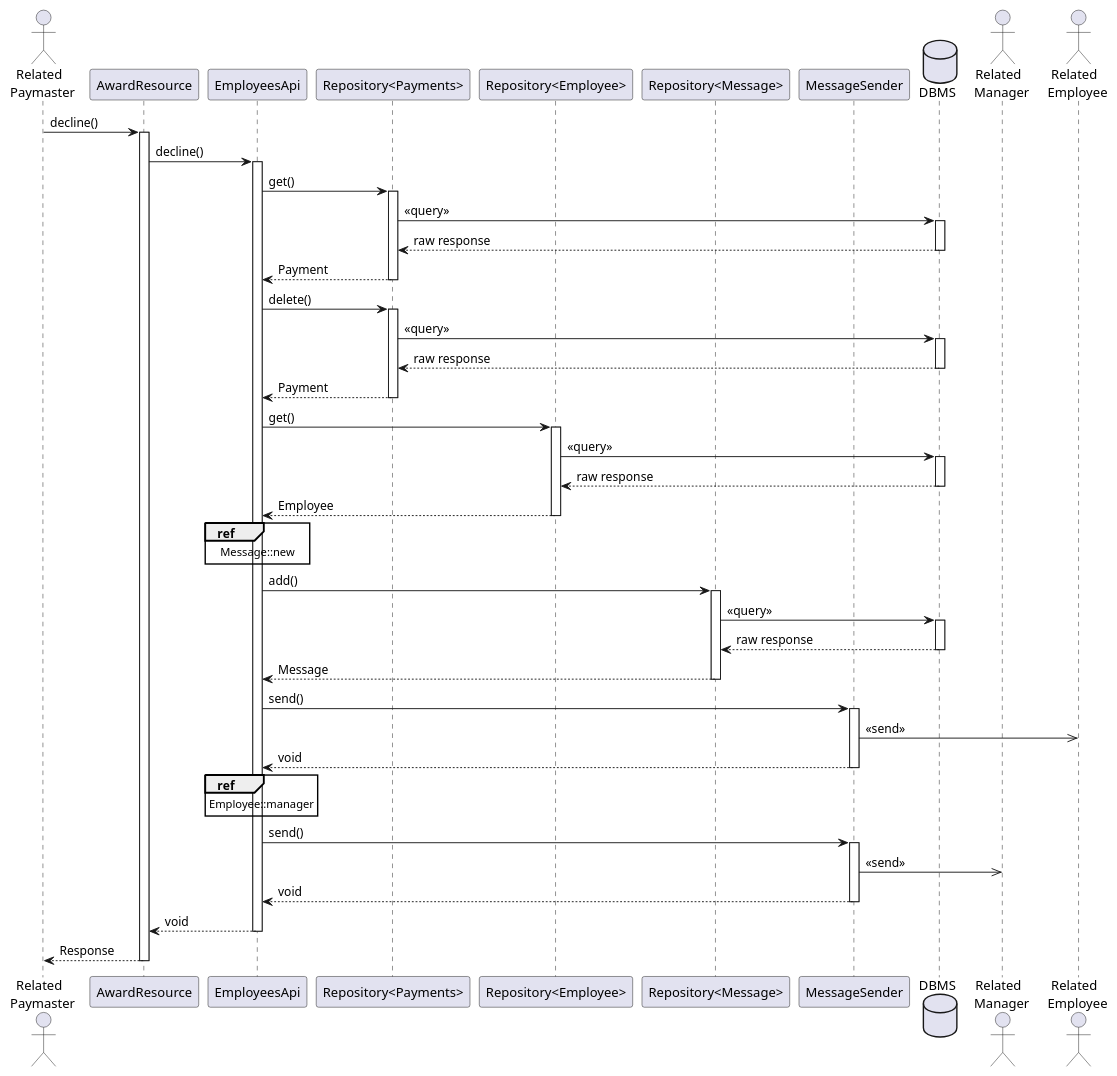
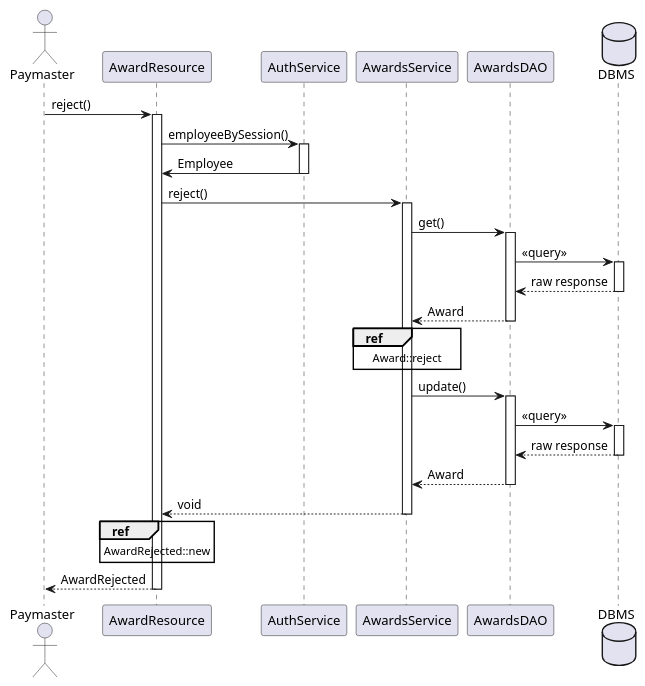
Before and after one commit to JohnKhandygo/employee-managment: the diagram in diagrams/sequence/award/decline award.puml, drawn with PlantUML. The commit also changed 29 other files, not shown here.

Commit message:
update diagrams.

```diff
--- a/diagrams/sequence/award/decline award.puml
+++ b/diagrams/sequence/award/decline award.puml
@@ -1,78 +1,47 @@
 @startuml
-actor "Related \n Paymaster" as paymaster
+actor Paymaster as paymaster
 participant AwardResource as resource
-participant EmployeesApi as api
-participant "Repository<Payments>" as payments
-participant "Repository<Employee>" as employees
-participant "Repository<Message>" as messages
-participant "MessageSender" as sender
+participant AuthService as auth
+participant AwardsService as awards
+participant "AwardsDAO" as payments
 database DBMS
-actor "Related \n Manager" as manager
-actor "Related \n Employee" as employee
 
-paymaster -> resource : decline()
+paymaster -> resource : reject()
 activate resource
-resource -> api : decline()
-activate api
+
+''''' auth
+resource -> auth : employeeBySession()
+activate auth
+auth -> resource : Employee
+deactivate auth
+
+resource -> awards : reject()
+activate awards
 
 ''''' accept payment
-api -> payments : get()
+awards -> payments : get()
 activate payments
 payments -> DBMS : <<query>>
 activate DBMS
 DBMS --> payments : raw response
 deactivate DBMS
-payments --> api : Payment
+payments --> awards : Award
 deactivate payments
 
 ''''' update payment
-api -> payments : delete()
+ref over awards : Award::reject
+awards -> payments : update()
 activate payments
 payments -> DBMS : <<query>>
 activate DBMS
 DBMS --> payments : raw response
 deactivate DBMS
-payments --> api : Payment
+payments --> awards : Award
 deactivate payments
 
-''''' get awarded employee
-api -> employees : get()
-activate employees
-employees -> DBMS : <<query>>
-activate DBMS
-DBMS --> employees : raw response
-deactivate DBMS
-employees --> api : Employee
-deactivate employees
-
-''''' create message
-ref over api : Message::new
-api -> messages : add()
-activate messages
-messages -> DBMS : <<query>>
-activate DBMS
-DBMS --> messages : raw response
-deactivate DBMS
-messages --> api : Message
-deactivate messages
-
-''''' send a message to the employee
-api -> sender : send()
-activate sender
-sender ->> employee : <<send>>
-sender --> api : void
-deactivate sender
-
-''''' send a message to the manager
-ref over api : Employee::manager
-api -> sender : send()
-activate sender
-sender ->> manager : <<send>>
-sender --> api : void
-deactivate sender
-
-api -->  resource : void
-deactivate api
-resource --> paymaster : Response
+awards -->  resource : void
+deactivate awards
+ref over resource : AwardRejected::new
+resource --> paymaster : AwardRejected
 deactivate resource
 @enduml
```
